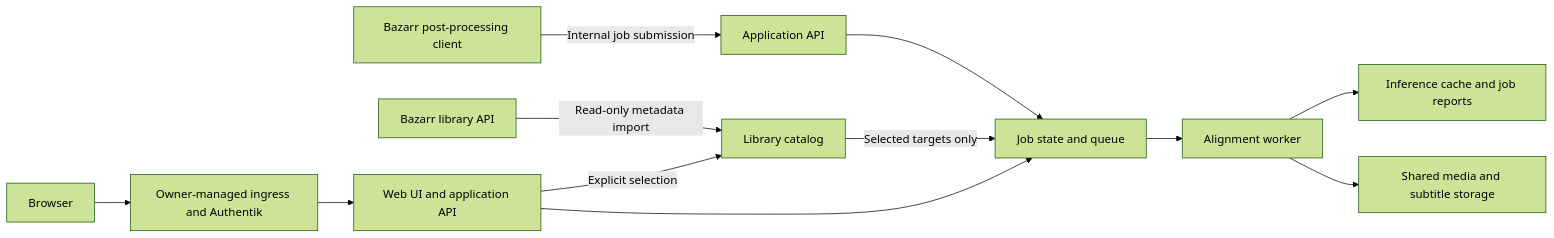
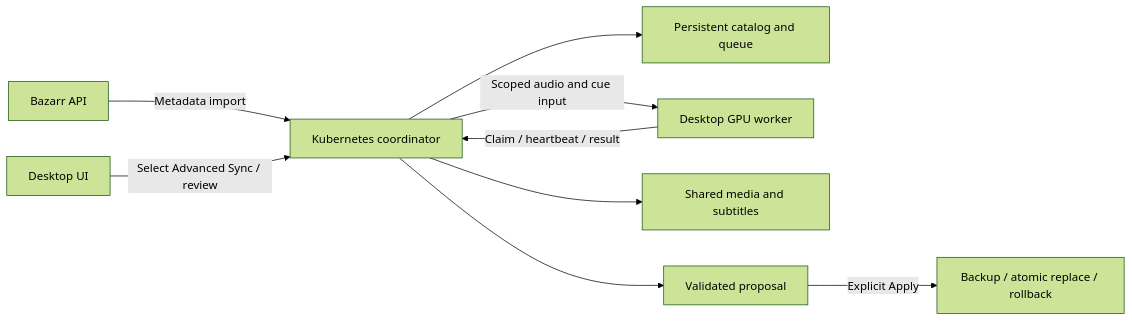
The diagram in SPEC.md (burakemirsezen/bazarr-better-sync), drawn with Mermaid (forest theme) before and after one commit. The commit also changed other lines of this file and 9 other files, not shown here.

First line of the commit message:
Specify coordinator/GPU-worker transition and add timing evaluation tooling

````diff
--- a/SPEC.md
+++ b/SPEC.md
@@ -117,14 +36,11 @@
 ```mermaid
 flowchart LR
-    B[Bazarr post-processing client] -->|Internal job submission| A[Application API]
-    D[Bazarr library API] -->|Read-only metadata import| L[Library catalog]
-    U[Browser] --> I[Owner-managed ingress and Authentik]
-    I --> W[Web UI and application API]
-    W --> J[Job state and queue]
-    W -->|Explicit selection| L
-    L -->|Selected targets only| J
-    A --> J
-    J --> P[Alignment worker]
-    P --> M[Shared media and subtitle storage]
-    P --> C[Inference cache and job reports]
+    B[Bazarr API] -->|Metadata import| C[Kubernetes coordinator]
+    U[Desktop UI] -->|Select Advanced Sync / review| C
+    C --> Q[Persistent catalog and queue]
+    D[Desktop GPU worker] -->|Claim / heartbeat / result| C
+    C -->|Scoped audio and cue input| D
+    C --> M[Shared media and subtitles]
+    C --> P[Validated proposal]
+    P -->|Explicit Apply| R[Backup / atomic replace / rollback]
 ```
````
